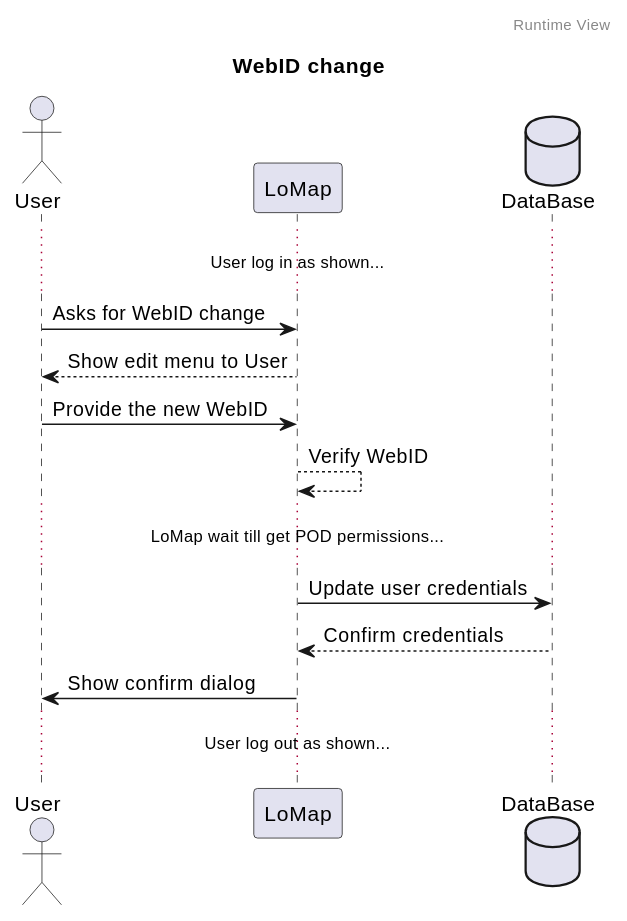
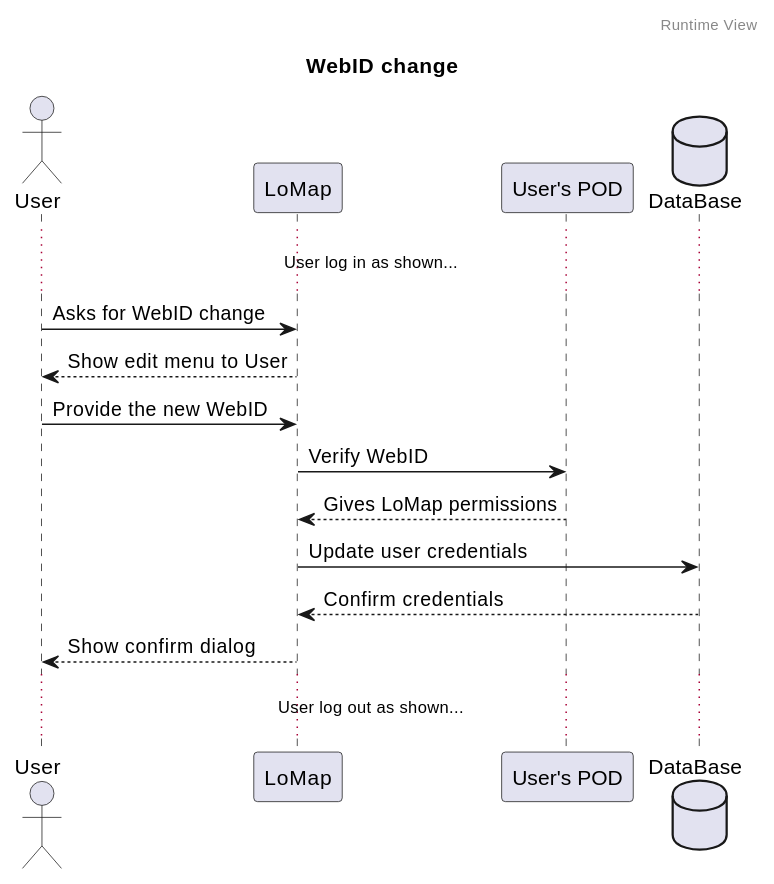
The third of 4 diagrams in docs/06_runtime_view.adoc (Arquisoft/lomap_es2c), drawn with PlantUML before and after one commit. The commit also changed other lines of this file, not shown here.

```diff
--- a/docs/06_runtime_view.adoc
+++ b/docs/06_runtime_view.adoc
@@ -78,24 +83,24 @@
 [plantuml,"Sequence diagram",png]
 ----
 header Runtime View
 title WebID change
 Actor User
 Participant LoMap
+Participant POD as "User's POD"
 Database DataBase as "DataBase" 
 
 ...User log in as shown......
 
 User -> LoMap: Asks for WebID change
 User <-- LoMap: Show edit menu to User
 User -> LoMap: Provide the new WebID
-LoMap --> LoMap: Verify WebID
-
-...LoMap wait till get POD permissions......
+LoMap -> POD: Verify WebID
+LoMap <-- POD: Gives LoMap permissions
 
 LoMap -> DataBase: Update user credentials
 LoMap <-- DataBase: Confirm credentials
 
-LoMap -> User: Show confirm dialog
+LoMap --> User: Show confirm dialog
 
 ...User log out as shown......
 ----
```
